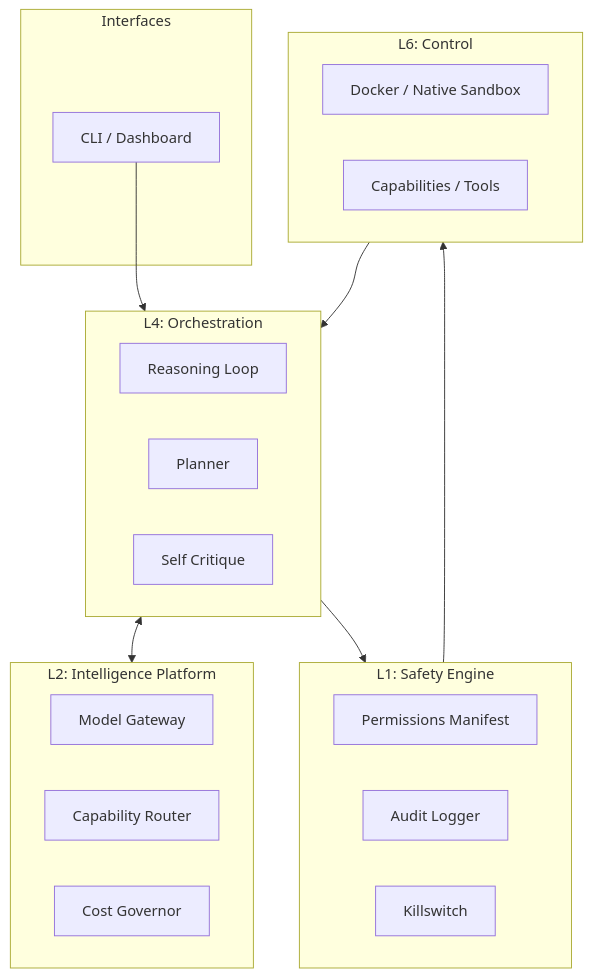
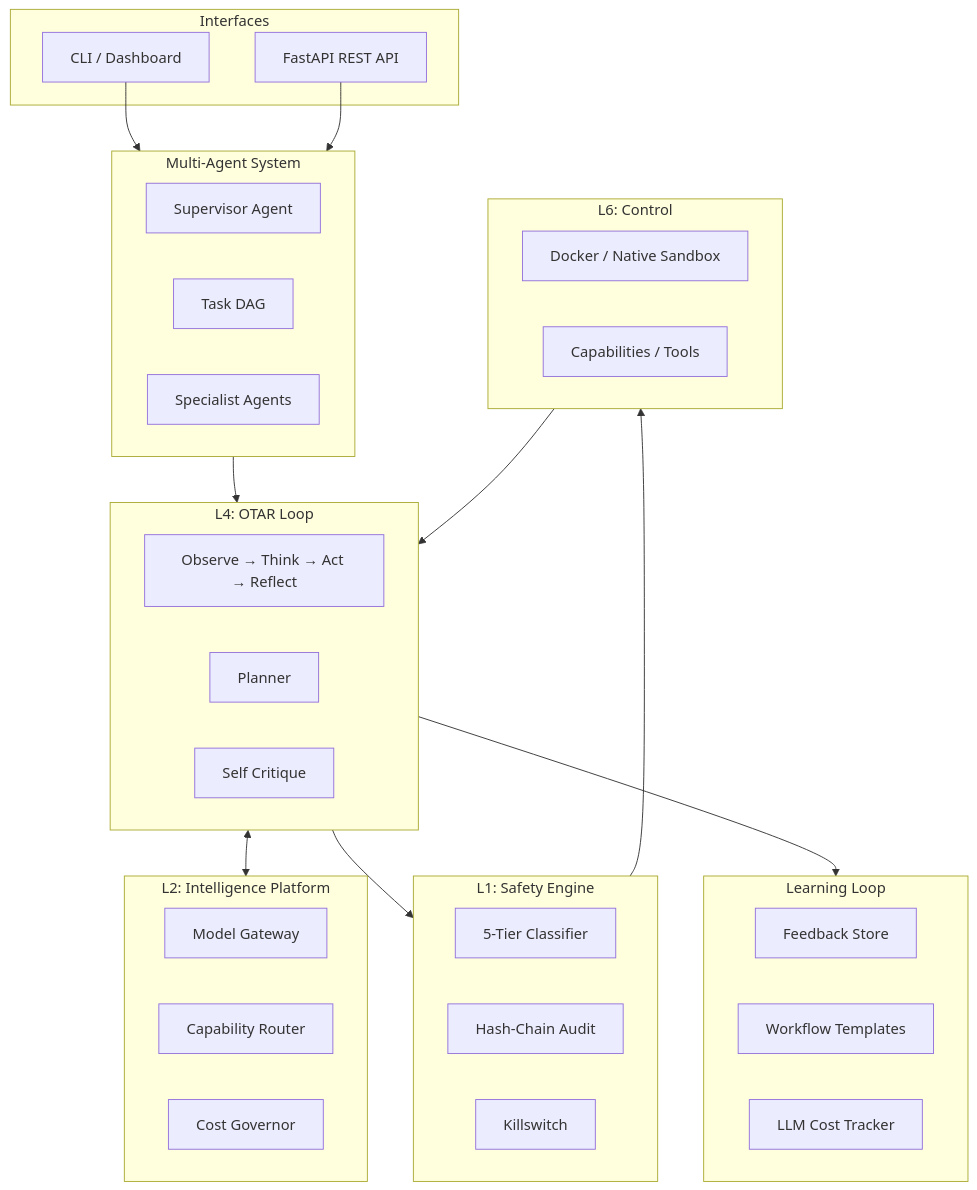
One commit to aman-bhaskar-codes/ATLAS changed the diagram in README.md. Above: the diagram before and after it, drawn with Mermaid. The commit also changed other lines of this file and 3 other files, not shown here.

First line of the commit message:
feat(vamos): phase 7 — LLM tracker, workflow templates, README update

````diff
--- a/README.md
+++ b/README.md
@@ -51,35 +55,51 @@
 ```mermaid
 graph TD
     subgraph Interfaces
     CLI[CLI / Dashboard]
+    API[FastAPI REST API]
+    end
+
+    subgraph Agents [Multi-Agent System]
+    Supervisor[Supervisor Agent]
+    DAG[Task DAG]
+    Specialists[Specialist Agents]
     end
 
     subgraph Intelligence [L2: Intelligence Platform]
     Gateway[Model Gateway]
     Router[Capability Router]
     Governor[Cost Governor]
     end
 
-    subgraph Orchestration [L4: Orchestration]
-    ReAct[Reasoning Loop]
+    subgraph Orchestration [L4: OTAR Loop]
+    OTAR[Observe → Think → Act → Reflect]
     Planner[Planner]
     Critique[Self Critique]
     end
 
     subgraph Safety [L1: Safety Engine]
-    Manifest[Permissions Manifest]
-    Audit[Audit Logger]
+    Tiers[5-Tier Classifier]
+    Audit[Hash-Chain Audit]
     Kill[Killswitch]
+    end
+
+    subgraph Evaluation [Learning Loop]
+    Feedback[Feedback Store]
+    Workflows[Workflow Templates]
+    LLMTracker[LLM Cost Tracker]
     end
 
     subgraph Execution [L6: Control]
     Sandbox[Docker / Native Sandbox]
     Tools[Capabilities / Tools]
     end
 
-    CLI --> Orchestration
+    CLI --> Agents
+    API --> Agents
+    Agents --> Orchestration
     Orchestration <--> Intelligence
     Orchestration --> Safety
     Safety --> Execution
     Execution --> Orchestration
+    Orchestration --> Evaluation
 ```
````
